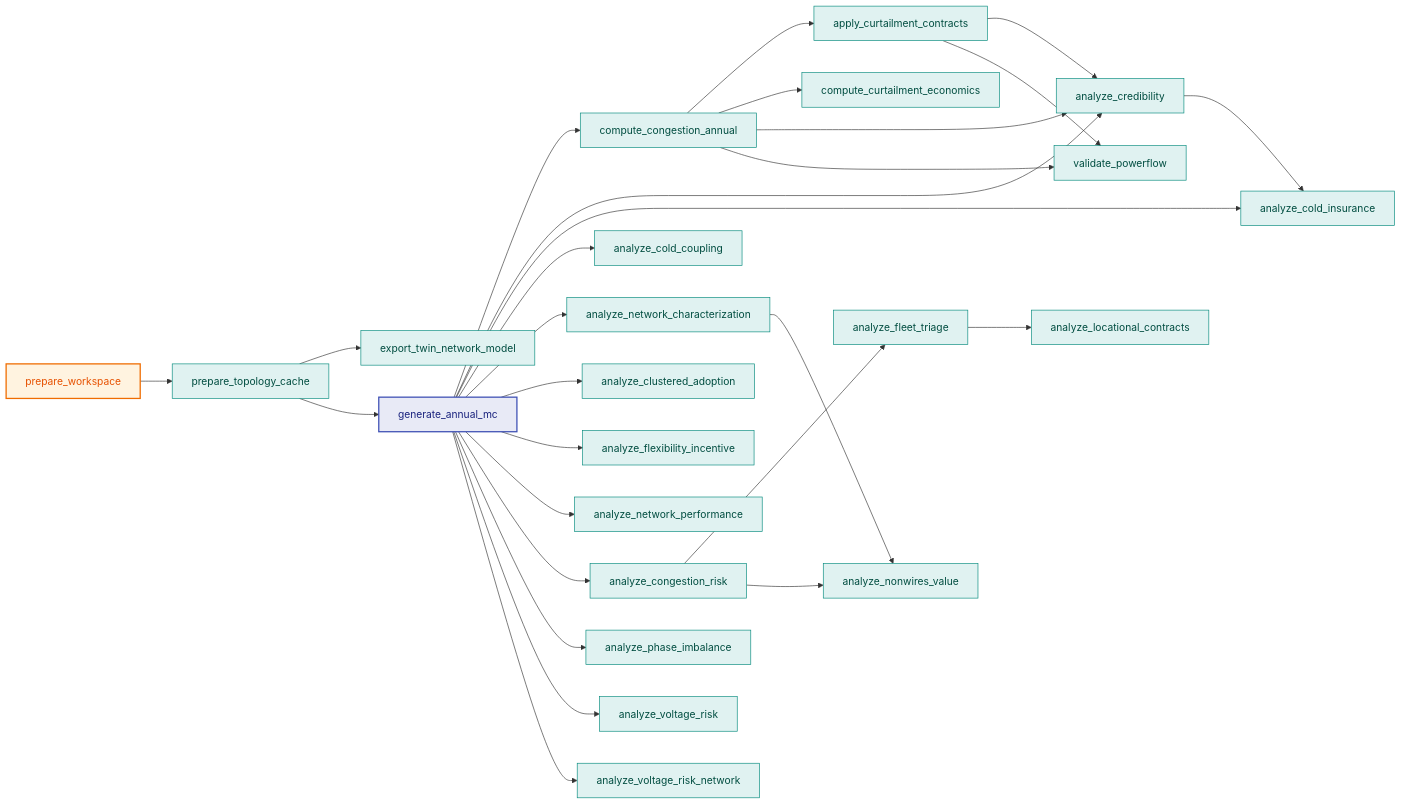
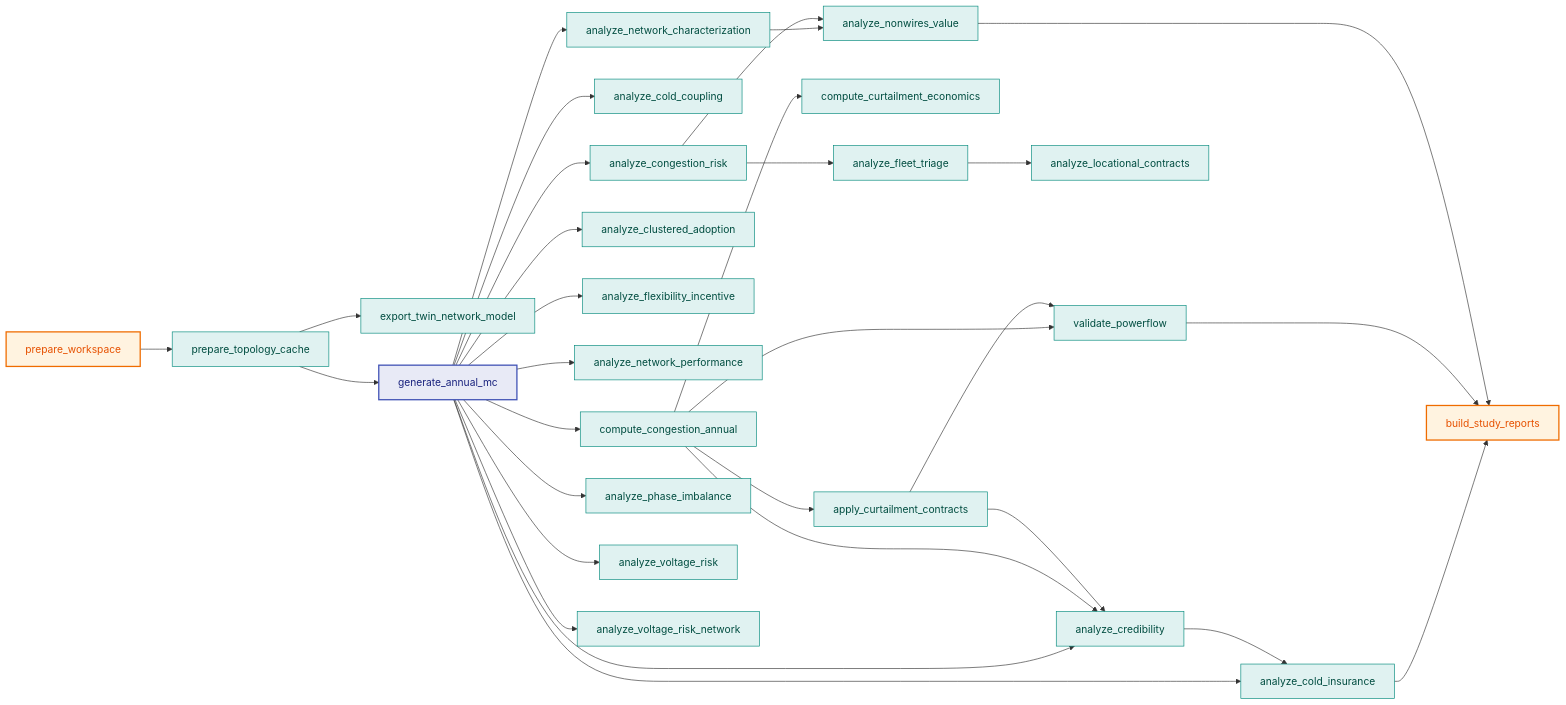
Before and after one commit to lirei-lab/gridalyn: the diagram in docs/reference/workflow-yaml.md, drawn with Mermaid. The commit also changed 24 other files, not shown here.

````diff
--- a/docs/reference/workflow-yaml.md
+++ b/docs/reference/workflow-yaml.md
@@ -98,59 +98,63 @@
 ```mermaid
 flowchart LR
     prepare_workspace["prepare_workspace"]
     prepare_topology_cache["prepare_topology_cache"]
     export_twin_network_model["export_twin_network_model"]
     generate_annual_mc["generate_annual_mc"]
     compute_congestion_annual["compute_congestion_annual"]
     apply_curtailment_contracts["apply_curtailment_contracts"]
     compute_curtailment_economics["compute_curtailment_economics"]
     analyze_credibility["analyze_credibility"]
     analyze_cold_insurance["analyze_cold_insurance"]
+    build_study_reports["build_study_reports"]
     analyze_cold_coupling["analyze_cold_coupling"]
     analyze_network_characterization["analyze_network_characterization"]
     analyze_clustered_adoption["analyze_clustered_adoption"]
     analyze_flexibility_incentive["analyze_flexibility_incentive"]
     analyze_network_performance["analyze_network_performance"]
     analyze_congestion_risk["analyze_congestion_risk"]
     analyze_fleet_triage["analyze_fleet_triage"]
     analyze_locational_contracts["analyze_locational_contracts"]
     analyze_nonwires_value["analyze_nonwires_value"]
     analyze_phase_imbalance["analyze_phase_imbalance"]
     analyze_voltage_risk["analyze_voltage_risk"]
     analyze_voltage_risk_network["analyze_voltage_risk_network"]
     validate_powerflow["validate_powerflow"]
 
     prepare_workspace --> prepare_topology_cache
     prepare_topology_cache --> export_twin_network_model
     prepare_topology_cache --> generate_annual_mc
     generate_annual_mc --> compute_congestion_annual
     compute_congestion_annual --> apply_curtailment_contracts
     compute_congestion_annual --> compute_curtailment_economics
     generate_annual_mc --> analyze_credibility
     compute_congestion_annual --> analyze_credibility
     apply_curtailment_contracts --> analyze_credibility
     generate_annual_mc --> analyze_cold_insurance
     analyze_credibility --> analyze_cold_insurance
     generate_annual_mc --> analyze_cold_coupling
     generate_annual_mc --> analyze_network_characterization
     generate_annual_mc --> analyze_clustered_adoption
     generate_annual_mc --> analyze_flexibility_incentive
     generate_annual_mc --> analyze_network_performance
     generate_annual_mc --> analyze_congestion_risk
     analyze_congestion_risk --> analyze_fleet_triage
     analyze_fleet_triage --> analyze_locational_contracts
     analyze_network_characterization --> analyze_nonwires_value
     analyze_congestion_risk --> analyze_nonwires_value
     generate_annual_mc --> analyze_phase_imbalance
     generate_annual_mc --> analyze_voltage_risk
     generate_annual_mc --> analyze_voltage_risk_network
     compute_congestion_annual --> validate_powerflow
     apply_curtailment_contracts --> validate_powerflow
 
     classDef entry fill:#fff3e0,stroke:#ef6c00,color:#e65100,stroke-width:2px
     classDef hub fill:#e8eaf6,stroke:#3f51b5,color:#1a237e,stroke-width:2px
     classDef step fill:#e0f2f1,stroke:#00897b,color:#004d40
-    class prepare_workspace entry
+    analyze_cold_insurance --> build_study_reports
+    validate_powerflow --> build_study_reports
+    analyze_nonwires_value --> build_study_reports
+    class prepare_workspace,build_study_reports entry
     class generate_annual_mc hub
     class prepare_topology_cache,export_twin_network_model,compute_congestion_annual,apply_curtailment_contracts,compute_curtailment_economics,analyze_credibility,analyze_cold_insurance,analyze_cold_coupling,analyze_network_characterization,analyze_clustered_adoption,analyze_flexibility_incentive,analyze_network_performance,analyze_congestion_risk,analyze_fleet_triage,analyze_locational_contracts,analyze_nonwires_value,analyze_phase_imbalance,analyze_voltage_risk,analyze_voltage_risk_network,validate_powerflow step
 ```
````
